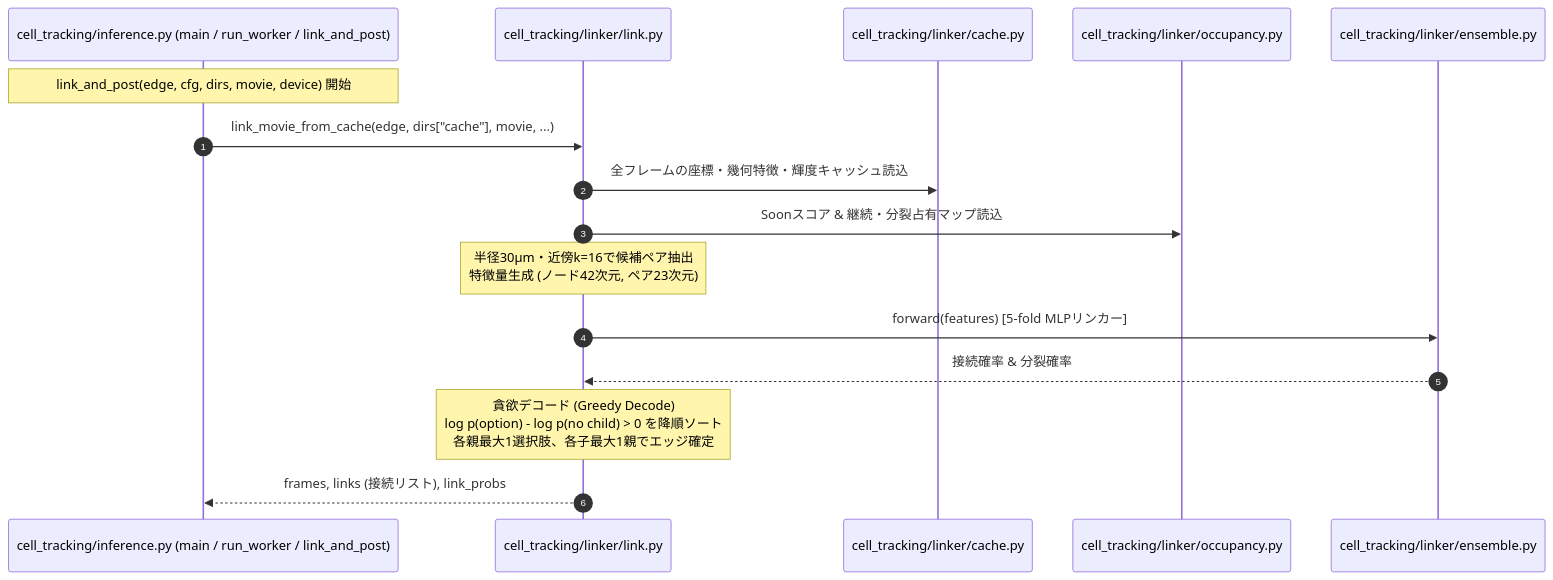
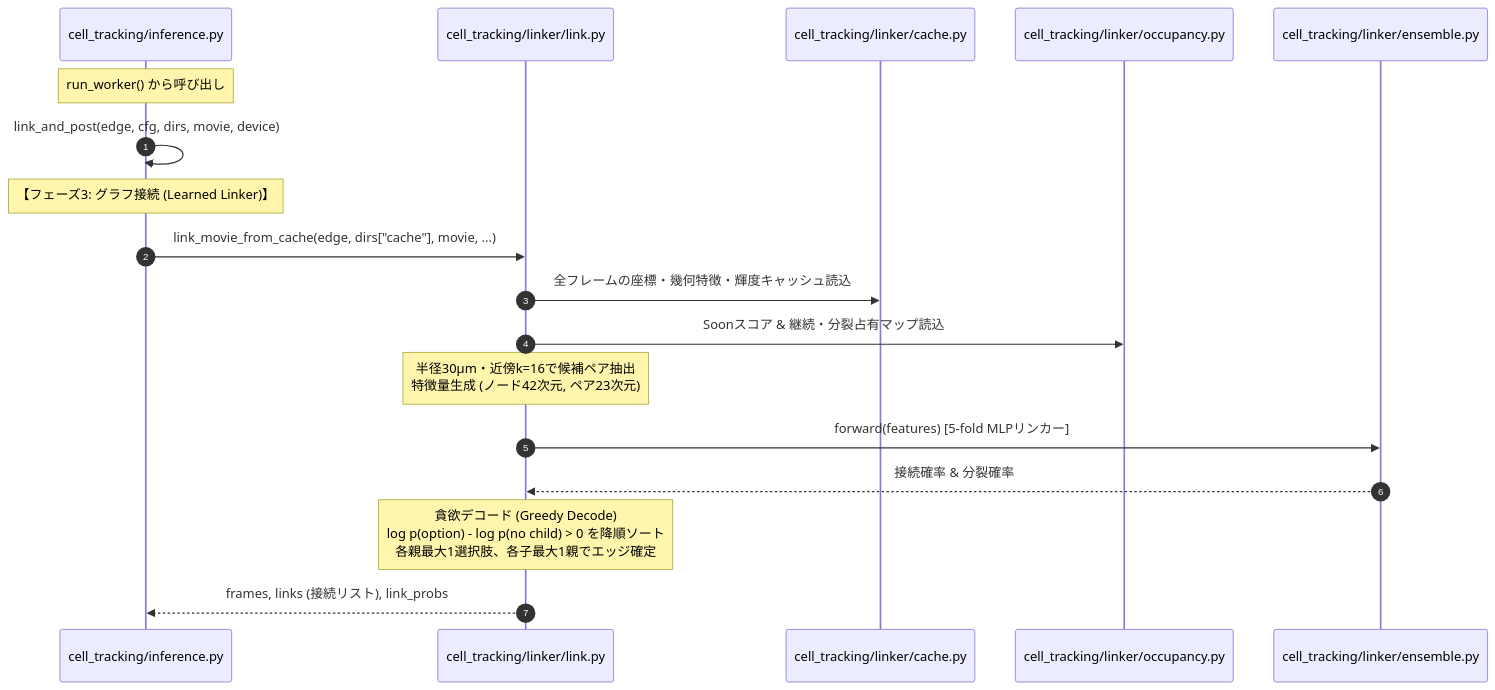
One commit to kito2718/kaggle_Biohub-Cell_Tracking_During_Development changed the fourth of 6 diagrams in episode/Summary&Conclusion/1st-place-summary.md. Above: the diagram before and after it, drawn with Mermaid. The commit also changed other lines of this file, not shown here.

````diff
--- a/episode/Summary&Conclusion/1st-place-summary.md
+++ b/episode/Summary&Conclusion/1st-place-summary.md
@@ -254,19 +257,21 @@
 ```mermaid
 sequenceDiagram
     autonumber
-    participant Main as cell_tracking/inference.py (main / run_worker / link_and_post)
+    participant Main as cell_tracking/inference.py
     participant LinkMovie as cell_tracking/linker/link.py
     participant LinkCache as cell_tracking/linker/cache.py
     participant OccMod as cell_tracking/linker/occupancy.py
     participant EdgeEns as cell_tracking/linker/ensemble.py
 
-    Note over Main: link_and_post(edge, cfg, dirs, movie, device) 開始
+    Note over Main: run_worker() から呼び出し
+    Main->>Main: link_and_post(edge, cfg, dirs, movie, device)
+    Note over Main: 【フェーズ3: グラフ接続 (Learned Linker)】
     Main->>LinkMovie: link_movie_from_cache(edge, dirs["cache"], movie, ...)
     LinkMovie->>LinkCache: 全フレームの座標・幾何特徴・輝度キャッシュ読込
     LinkMovie->>OccMod: Soonスコア & 継続・分裂占有マップ読込
     Note over LinkMovie: 半径30μm・近傍k=16で候補ペア抽出<br/>特徴量生成 (ノード42次元, ペア23次元)
     LinkMovie->>EdgeEns: forward(features) [5-fold MLPリンカー]
     EdgeEns-->>LinkMovie: 接続確率 & 分裂確率
     Note over LinkMovie: 貪欲デコード (Greedy Decode)<br/>log p(option) - log p(no child) > 0 を降順ソート<br/>各親最大1選択肢、各子最大1親でエッジ確定
     LinkMovie-->>Main: frames, links (接続リスト), link_probs
 ```
````
